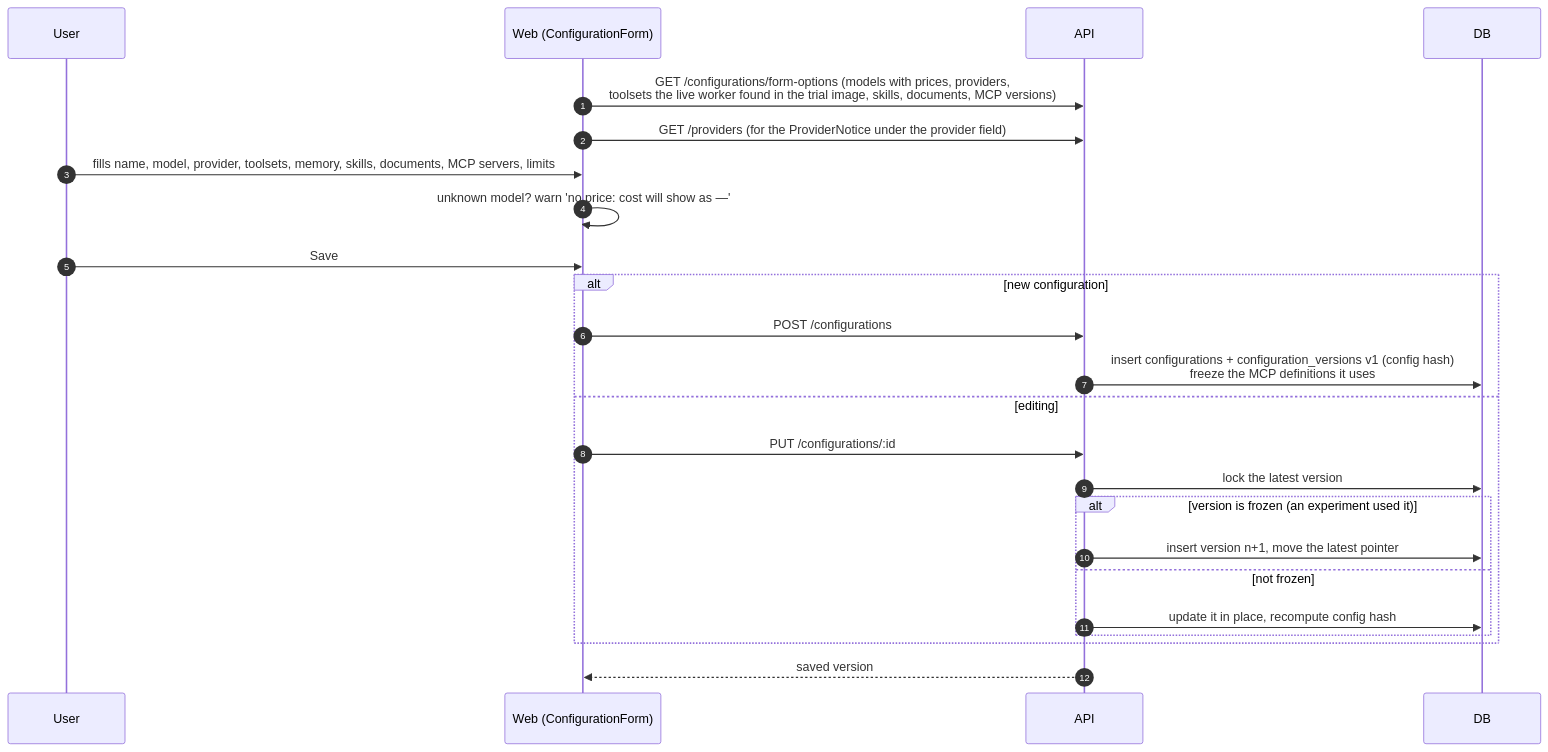
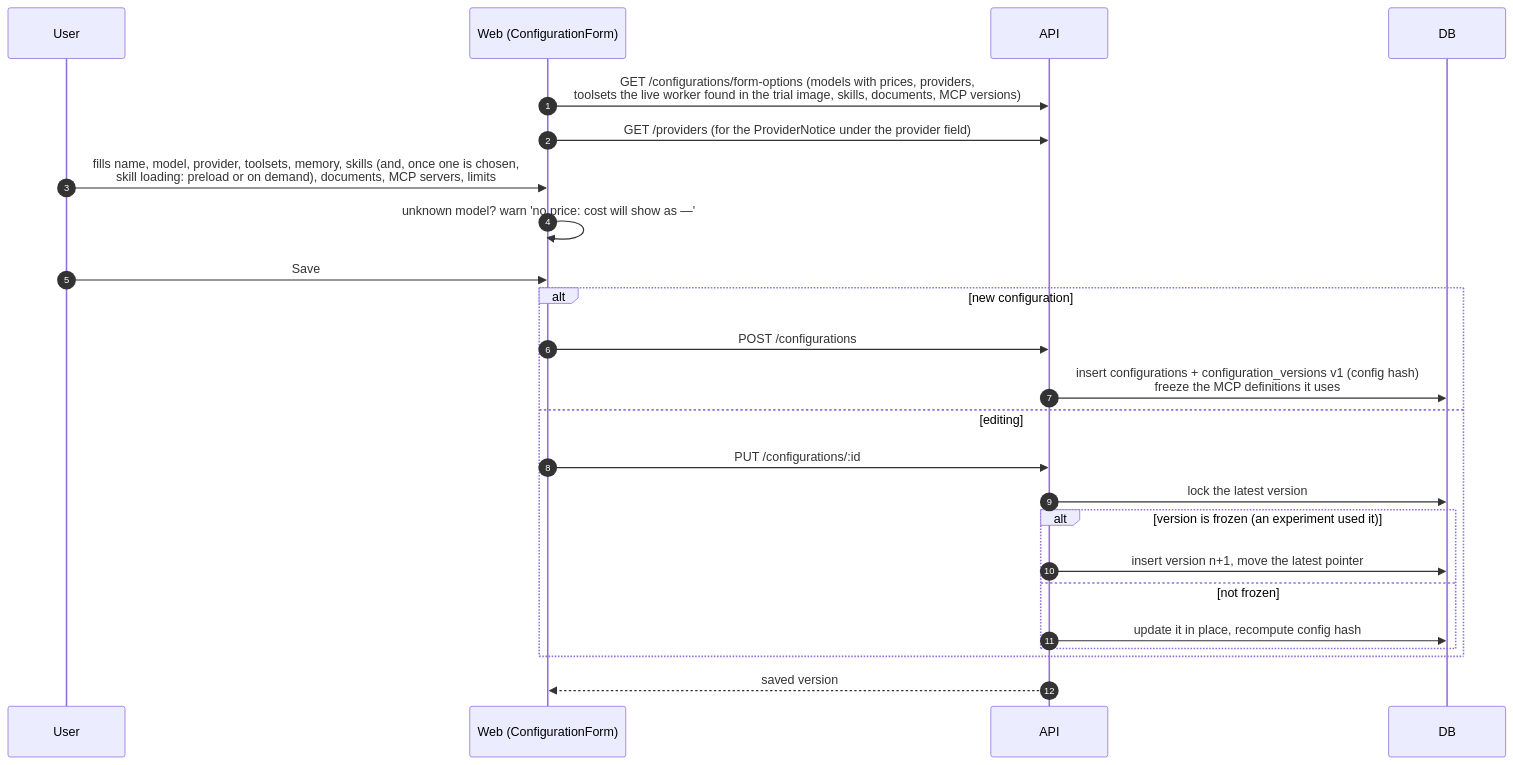
One commit to sasuke007/hermes-evals changed diagram 21 of 38 in UI_FLOWS.md. Above: the diagram before and after it, drawn with Mermaid. The commit also changed other lines of this file and 256 other files, not shown here.

````diff
--- a/UI_FLOWS.md
+++ b/UI_FLOWS.md
@@ -764,27 +766,27 @@
 ```mermaid
 sequenceDiagram
   autonumber
   participant U as User
   participant W as Web (ConfigurationForm)
   participant A as API
   participant DB as DB
 
   W->>A: GET /configurations/form-options (models with prices, providers,<br/>toolsets the live worker found in the trial image, skills, documents, MCP versions)
   W->>A: GET /providers (for the ProviderNotice under the provider field)
-  U->>W: fills name, model, provider, toolsets, memory, skills, documents, MCP servers, limits
+  U->>W: fills name, model, provider, toolsets, memory, skills (and, once one is chosen,<br/>skill loading: preload or on demand), documents, MCP servers, limits
   W->>W: unknown model? warn 'no price: cost will show as —'
   U->>W: Save
   alt new configuration
     W->>A: POST /configurations
     A->>DB: insert configurations + configuration_versions v1 (config hash)<br/>freeze the MCP definitions it uses
   else editing
     W->>A: PUT /configurations/:id
     A->>DB: lock the latest version
     alt version is frozen (an experiment used it)
       A->>DB: insert version n+1, move the latest pointer
     else not frozen
       A->>DB: update it in place, recompute config hash
     end
   end
   A-->>W: saved version
 ```
````
